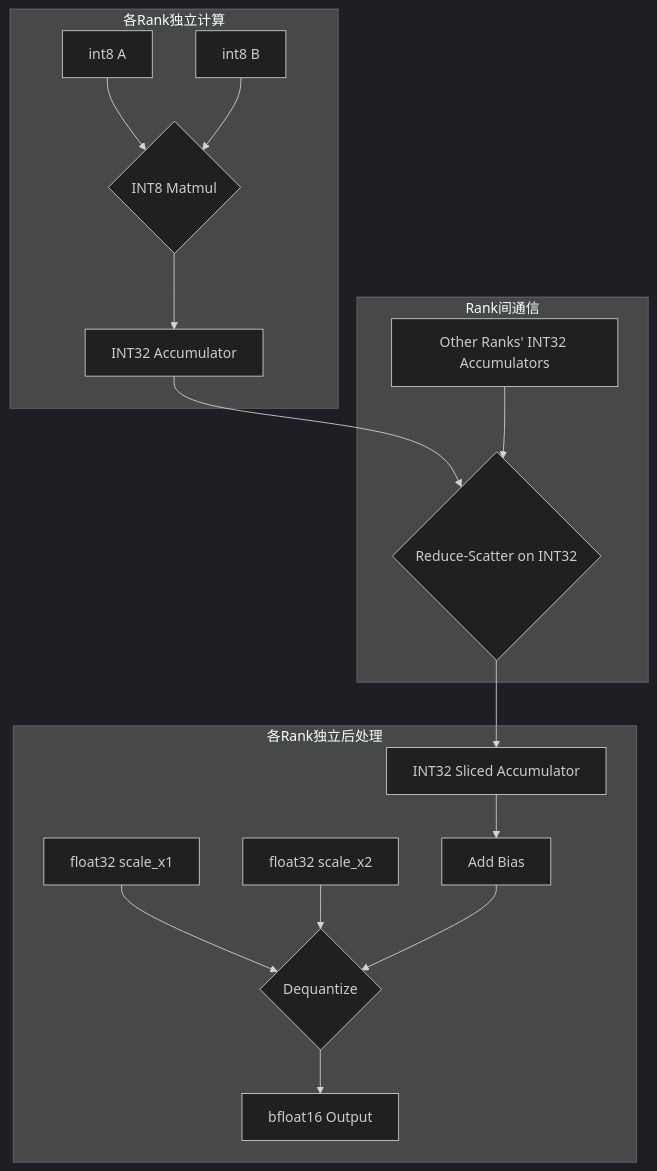
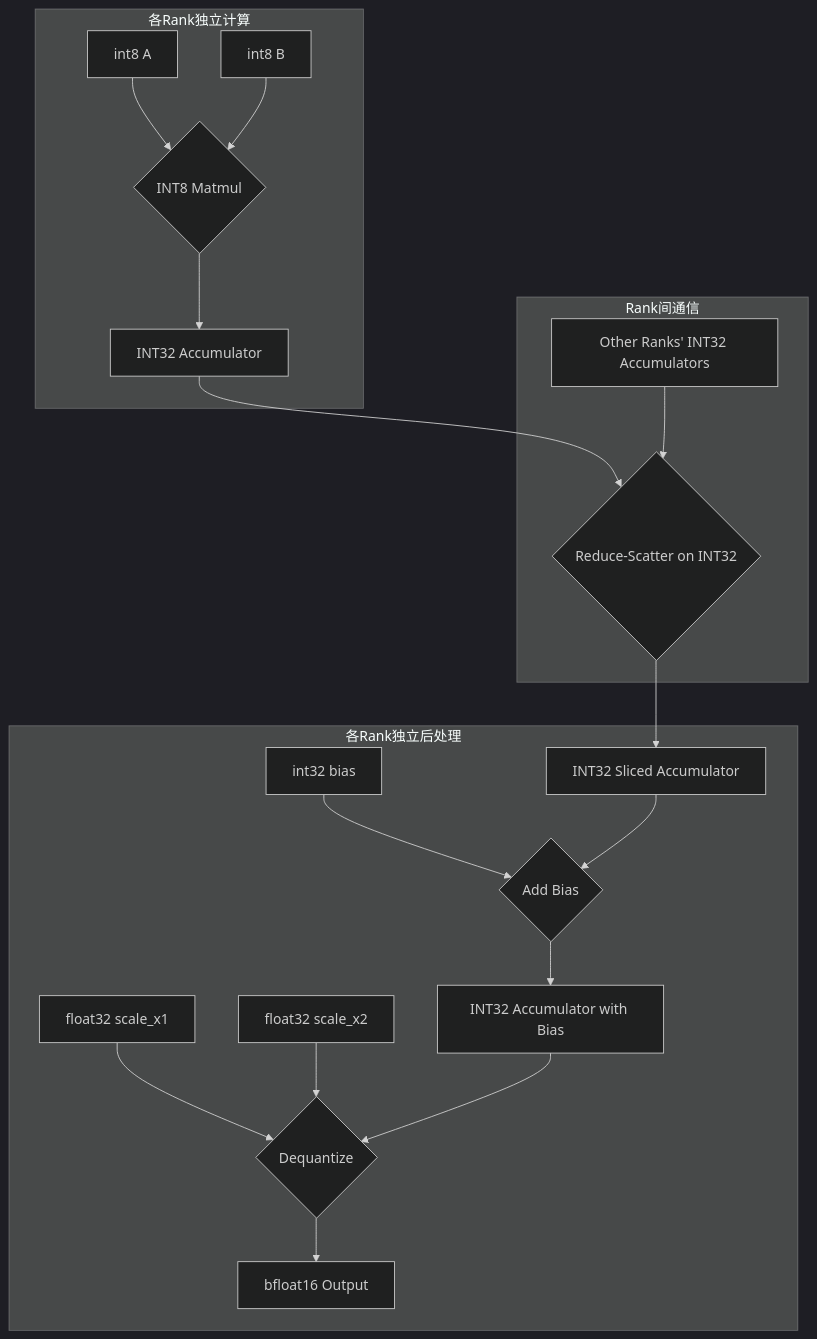
Before and after one commit to BillionsRichard/mm_rs_with_catlass: the first of 2 diagrams in quantized_matmul_reduce_scatter_design.md, drawn with Mermaid (dark theme). The commit also changed other lines of this file and 5 other files, not shown here.

````diff
--- a/quantized_matmul_reduce_scatter_design.md
+++ b/quantized_matmul_reduce_scatter_design.md
@@ -41,22 +41,24 @@
 ```mermaid
 graph TD
     subgraph "各Rank独立计算"
         A[int8 A] --> C{INT8 Matmul}
         B[int8 B] --> C
         C --> D[INT32 Accumulator]
     end
 
     subgraph "Rank间通信"
         D --> E{Reduce-Scatter on INT32}
         F[Other Ranks' INT32 Accumulators] --> E
     end
 
     subgraph "各Rank独立后处理"
         E --> G[INT32 Sliced Accumulator]
-        G --> H[Add Bias]
-        I[float32 scale_x1] --> J{Dequantize}
-        K[float32 scale_x2] --> J
-        H --> J
-        J --> L[bfloat16 Output]
+        L[int32 bias] --> H{Add Bias}
+        G --> H
+        H --> I[INT32 Accumulator with Bias]
+        J[float32 scale_x1] --> K{Dequantize}
+        M[float32 scale_x2] --> K
+        I --> K
+        K --> N[bfloat16 Output]
     end
 ```
````
